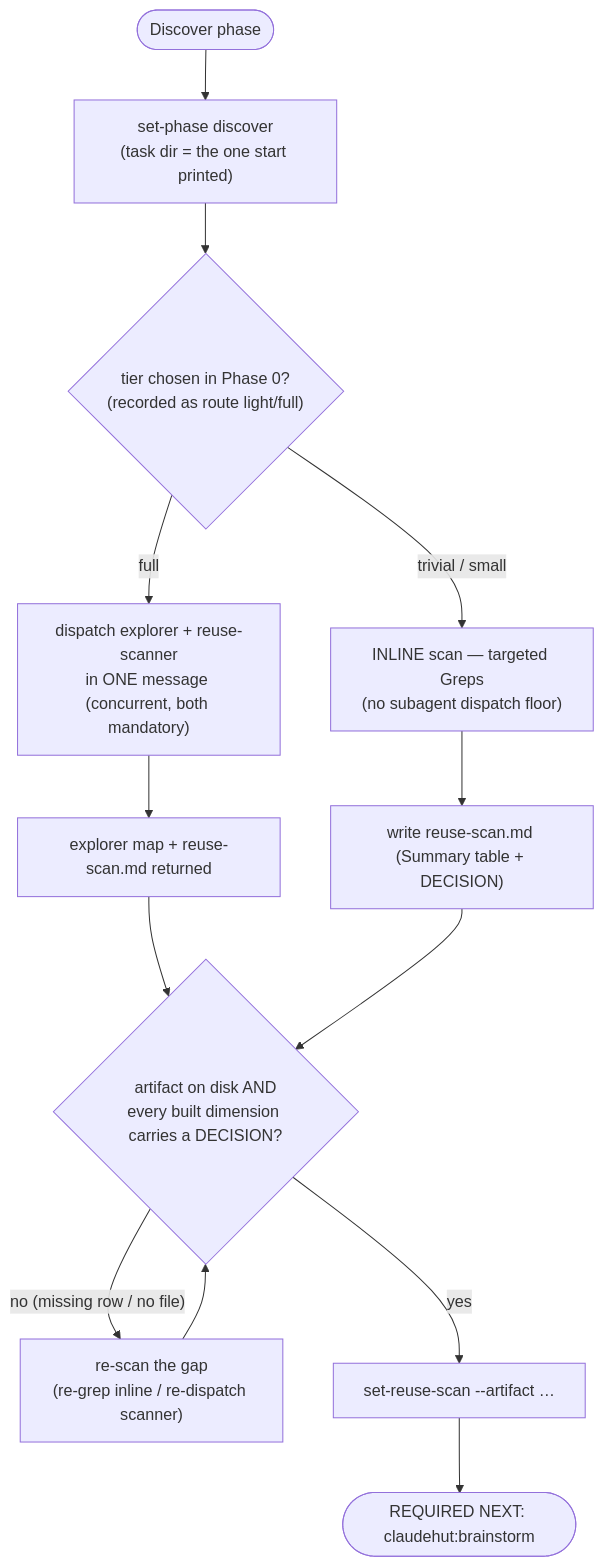
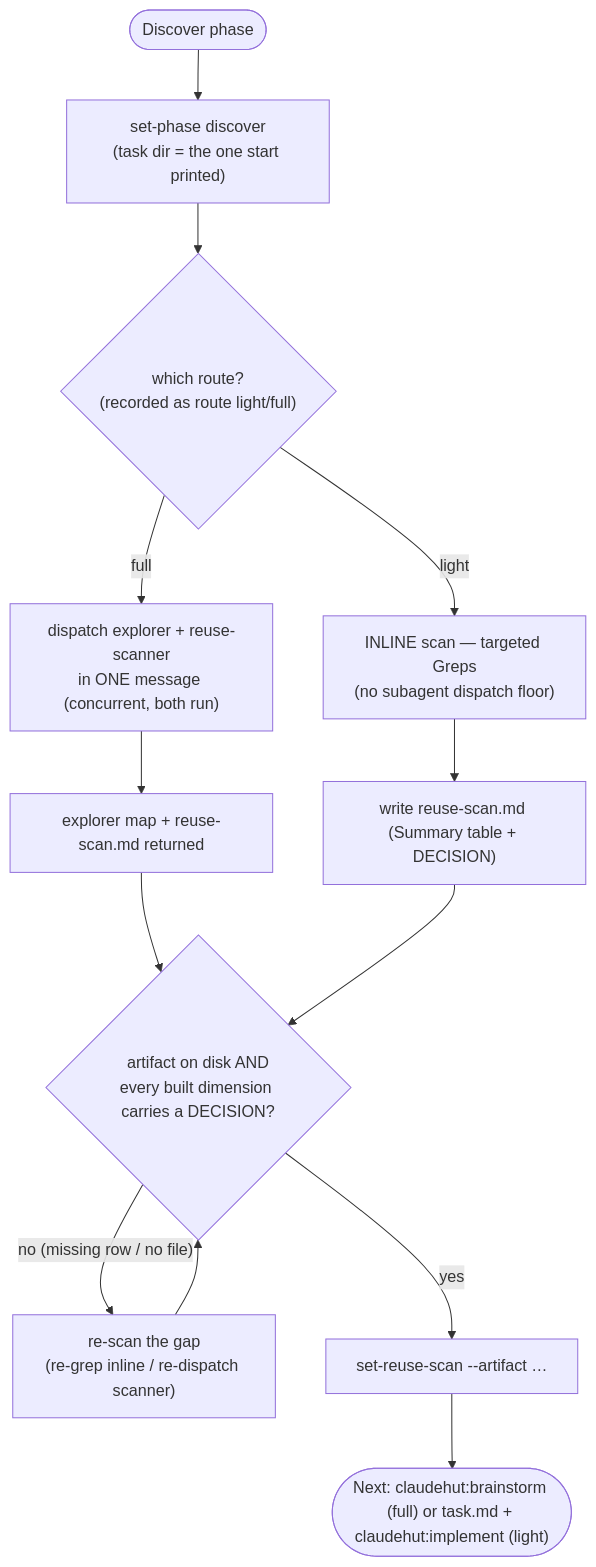
One commit to taipt1504/claudehut changed the diagram in skills/discover/SKILL.md. Above: the diagram before and after it, drawn with Mermaid. The commit also changed other lines of this file and 51 other files, not shown here.

````diff
--- a/skills/discover/SKILL.md
+++ b/skills/discover/SKILL.md
@@ -44,15 +42,15 @@
 ```mermaid
 flowchart TB
     start([Discover phase]) --> ph["set-phase discover<br/>(task dir = the one start printed)"]
-    ph --> tier{"tier chosen in Phase 0?<br/>(recorded as route light/full)"}
-    tier -- "trivial / small" --> inl["INLINE scan — targeted Greps<br/>(no subagent dispatch floor)"]
-    tier -- "full" --> fan["dispatch explorer + reuse-scanner<br/>in ONE message (concurrent, both mandatory)"]
+    ph --> rt{"which route?<br/>(recorded as route light/full)"}
+    rt -- "light" --> inl["INLINE scan — targeted Greps<br/>(no subagent dispatch floor)"]
+    rt -- "full" --> fan["dispatch explorer + reuse-scanner<br/>in ONE message (concurrent, both run)"]
     fan --> join["explorer map + reuse-scan.md returned"]
     inl --> wr["write reuse-scan.md (Summary table + DECISION)"]
     join --> grd{"artifact on disk AND<br/>every built dimension carries a DECISION?"}
     wr --> grd
     grd -- "no (missing row / no file)" --> rescan["re-scan the gap<br/>(re-grep inline / re-dispatch scanner)"]
     rescan --> grd
     grd -- "yes" --> rec["set-reuse-scan --artifact …"]
-    rec --> done([REQUIRED NEXT: claudehut:brainstorm])
+    rec --> done(["Next: claudehut:brainstorm (full) or task.md + claudehut:implement (light)"])
 ```
````
